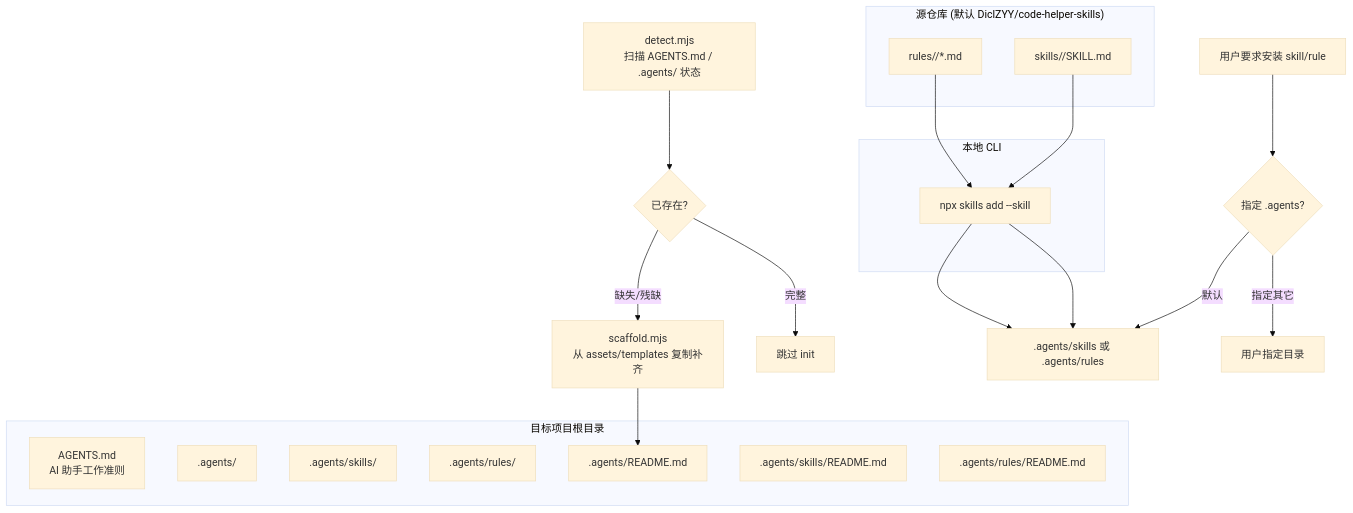
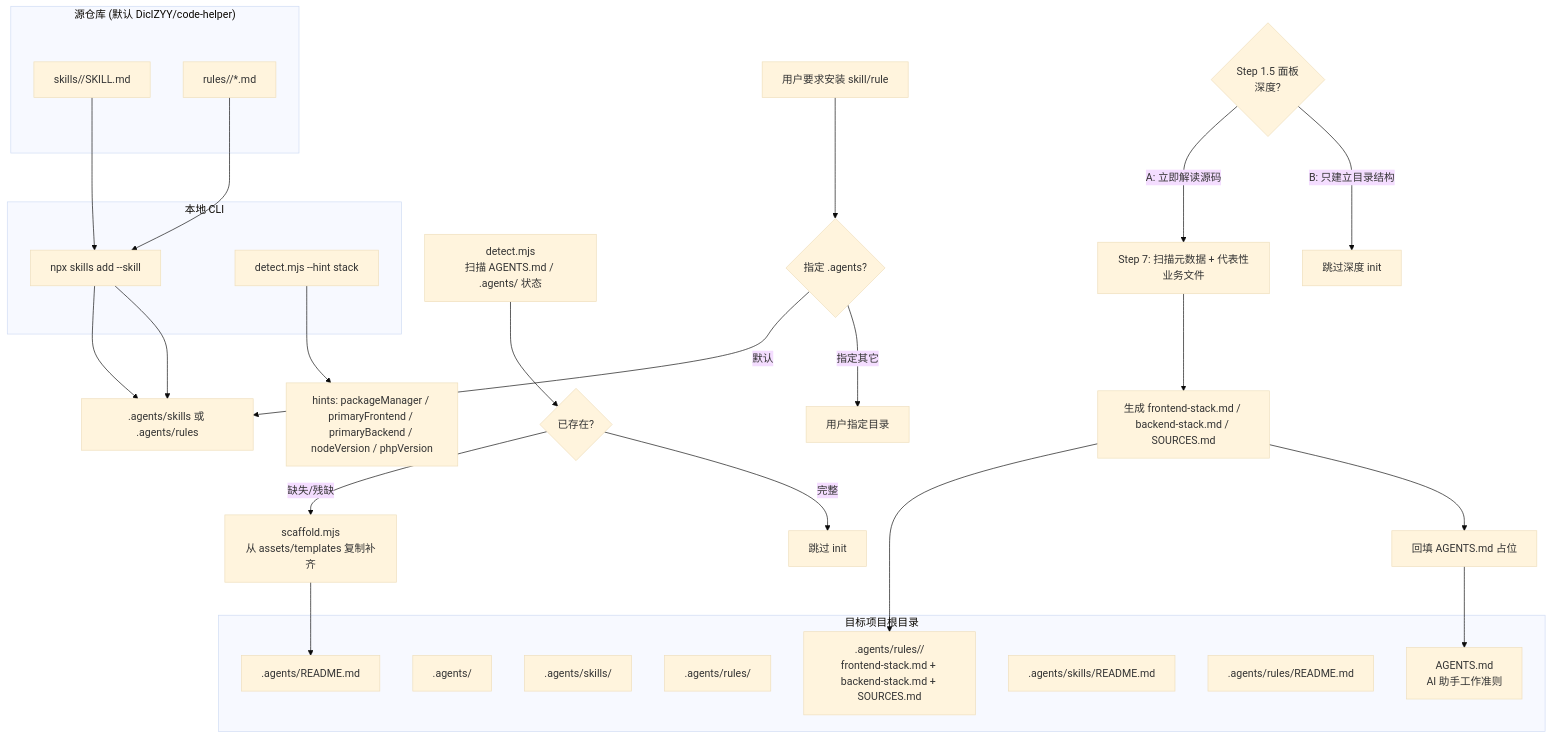
The diagram in skills/ai-agents-installer/SKILL.md (DiclZYY/code-helper), drawn with Mermaid (base theme) before and after one commit. The commit also changed other lines of this file and 11 other files, not shown here.

````diff
--- a/skills/ai-agents-installer/SKILL.md
+++ b/skills/ai-agents-installer/SKILL.md
@@ -42,30 +42,42 @@
 ```mermaid
 flowchart TB
   subgraph project["目标项目根目录"]
     agentsMd["AGENTS.md<br/>AI 助手工作准则"]
     agentsDir[".agents/"]
     skillsDir[".agents/skills/"]
     rulesDir[".agents/rules/"]
     readmeA[".agents/README.md"]
     skillsReadme[".agents/skills/README.md"]
     rulesReadme[".agents/rules/README.md"]
+    stackRule[".agents/rules/<stack-name>/<br/>frontend-stack.md + backend-stack.md + SOURCES.md"]
   end
-  subgraph src["源仓库 (默认 DiclZYY/code-helper-skills)"]
+  subgraph src["源仓库 (默认 DiclZYY/code-helper)"]
     srcSkills["skills/<name>/SKILL.md"]
     srcRules["rules/<name>/*.md"]
   end
   subgraph cli["本地 CLI"]
     npx["npx skills add <repo> --skill <name>"]
+    detectCmd["detect.mjs --hint stack"]
   end
   detect["detect.mjs<br/>扫描 AGENTS.md / .agents/ 状态"] --> state{"已存在?"}
   state -- 缺失/残缺 --> scaffold["scaffold.mjs<br/>从 assets/templates 复制补齐"]
   state -- 完整 --> skipInit["跳过 init"]
   scaffold --> readmeA
   userAsk["用户要求安装 skill/rule"] --> pickTarget{"指定 .agents?"}
   pickTarget -- 默认 --> defaultLayout[".agents/skills 或 .agents/rules"]
   pickTarget -- 指定其它 --> otherLayout["用户指定目录"]
   srcSkills --> npx
   npx --> defaultLayout
   srcRules --> npx
   npx --> defaultLayout
+
+  %% Step 1.5 深度分流
+  detectCmd --> hintJson["hints: packageManager / primaryFrontend / primaryBackend / nodeVersion / phpVersion"]
+  depth{"Step 1.5 面板<br/>深度?"}
+  depth -- A: 立即解读源码 --> scan["Step 7: 扫描元数据 + 代表性业务文件"]
+  scan --> deriveSpec["生成 frontend-stack.md / backend-stack.md / SOURCES.md"]
+  deriveSpec --> stackRule
+  deriveSpec --> fillAgentsMd["回填 AGENTS.md <fill> 占位"]
+  fillAgentsMd --> agentsMd
+  depth -- B: 只建立目录结构 --> skipDeep["跳过深度 init"]
 ```
````
